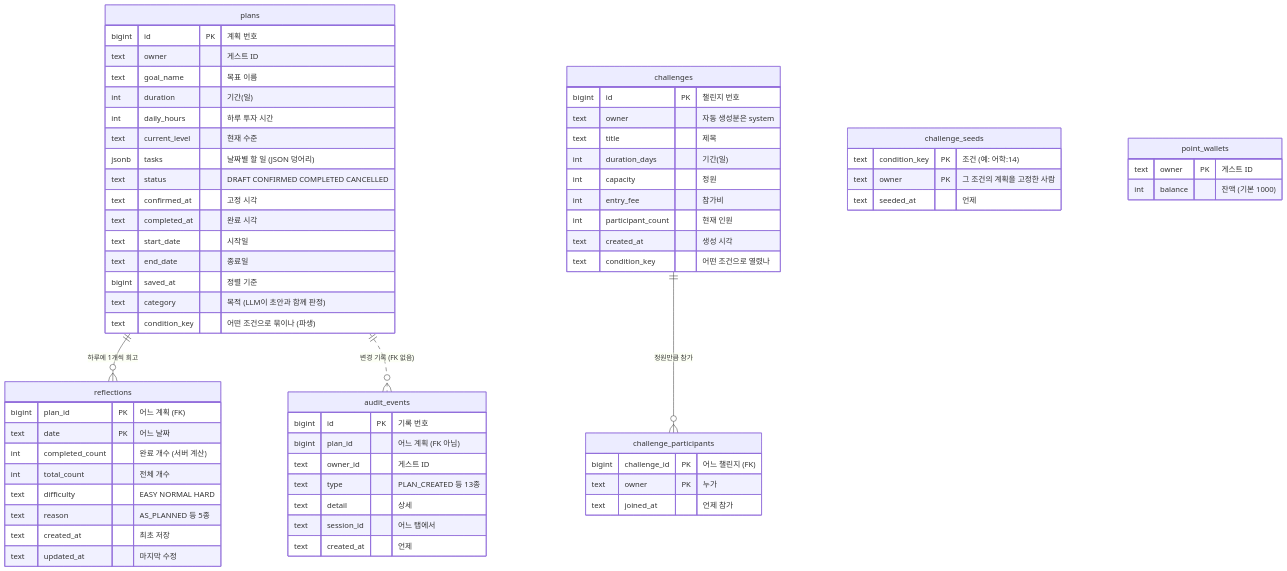
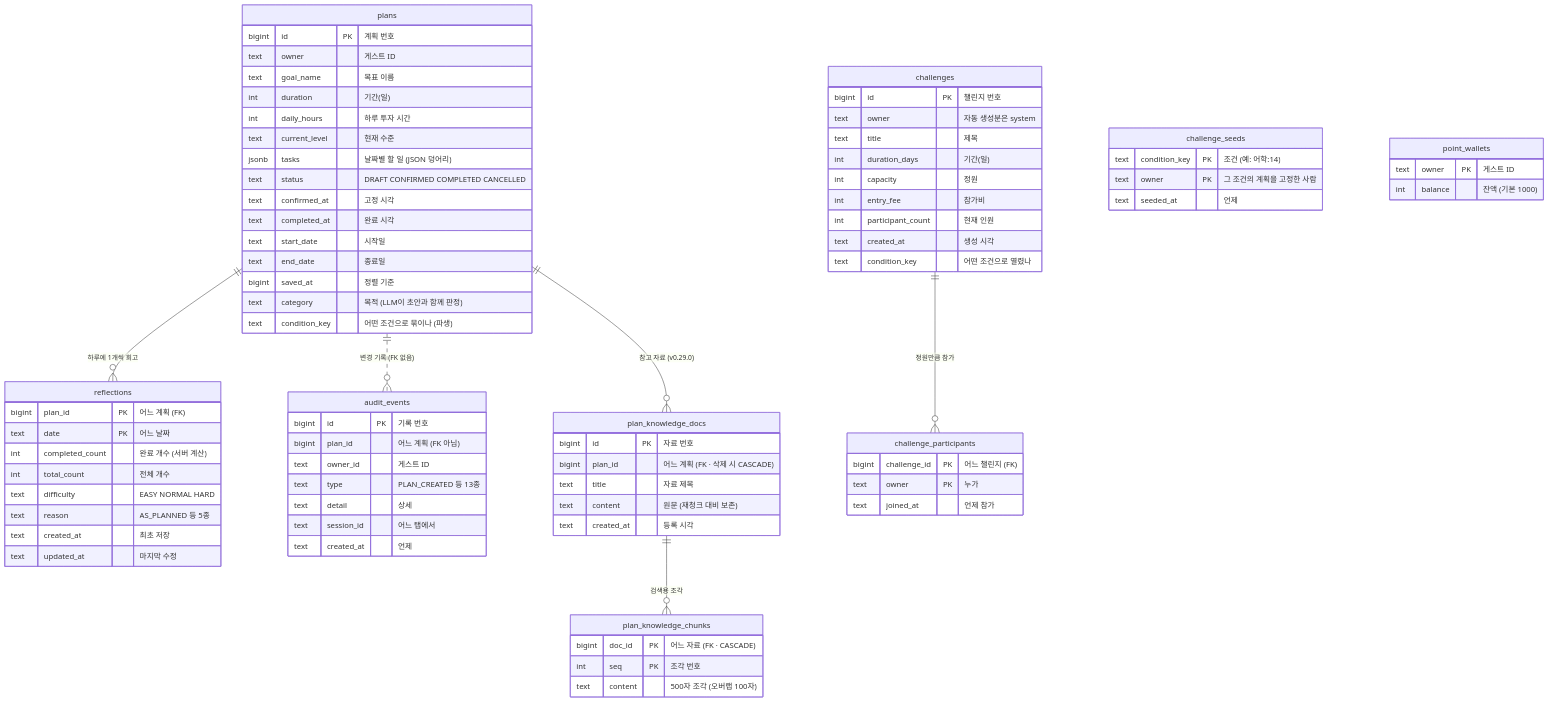
One commit to hello-pebble/DelayNoMore_Release changed the eighth of 10 diagrams in docs/DATA_FLOW.md. Above: the diagram before and after it, drawn with Mermaid. The commit also changed 53 other files, not shown here.

```diff
--- a/docs/DATA_FLOW.md
+++ b/docs/DATA_FLOW.md
@@ -334,6 +334,8 @@
 erDiagram
     plans ||--o{ reflections : "하루에 1개씩 회고"
     plans ||..o{ audit_events : "변경 기록 (FK 없음)"
+    plans ||--o{ plan_knowledge_docs : "참고 자료 (v0.29.0)"
+    plan_knowledge_docs ||--o{ plan_knowledge_chunks : "검색용 조각"
     challenges ||--o{ challenge_participants : "정원만큼 참가"
 
     plans {
@@ -352,6 +354,20 @@
         bigint saved_at "정렬 기준"
         text category "목적 (LLM이 초안과 함께 판정)"
         text condition_key "어떤 조건으로 묶이나 (파생)"
+    }
+
+    plan_knowledge_docs {
+        bigint id PK "자료 번호"
+        bigint plan_id "어느 계획 (FK · 삭제 시 CASCADE)"
+        text title "자료 제목"
+        text content "원문 (재청크 대비 보존)"
+        text created_at "등록 시각"
+    }
+
+    plan_knowledge_chunks {
+        bigint doc_id PK "어느 자료 (FK · CASCADE)"
+        int seq PK "조각 번호"
+        text content "500자 조각 (오버랩 100자)"
     }
 
     reflections {
```
